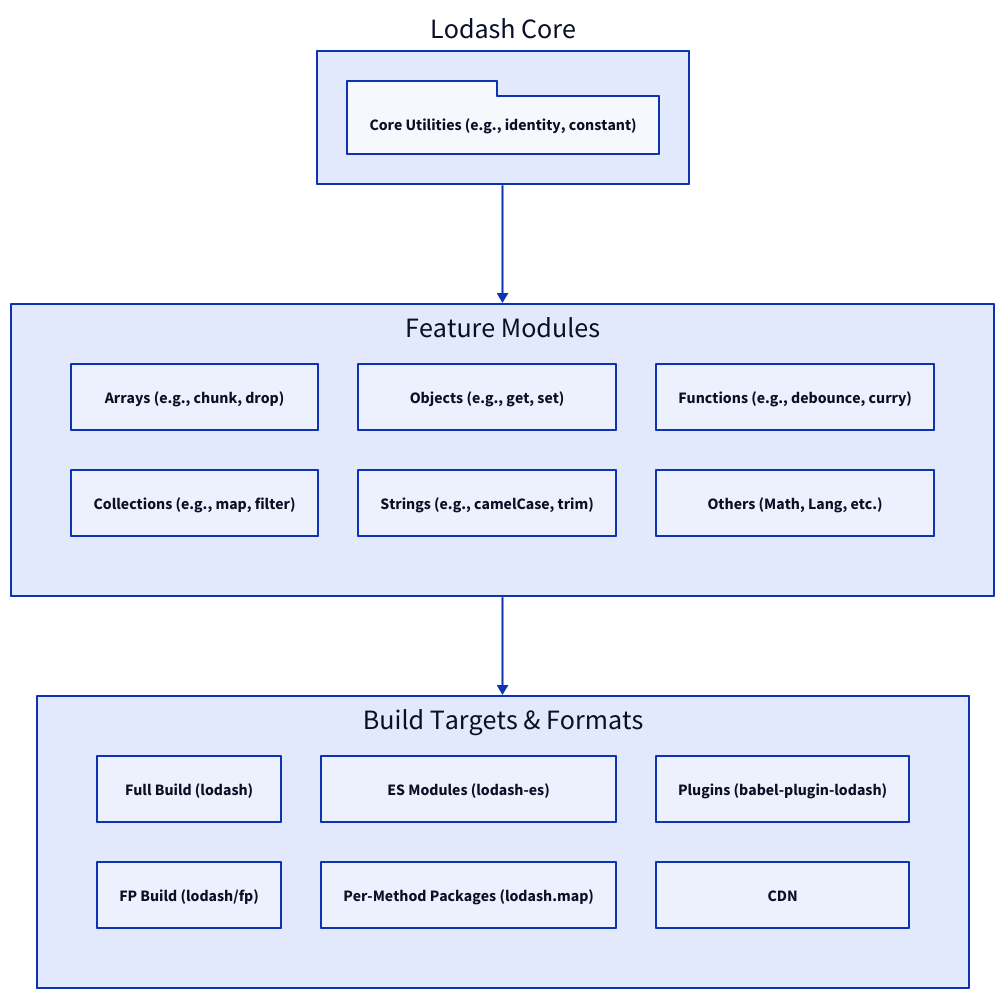
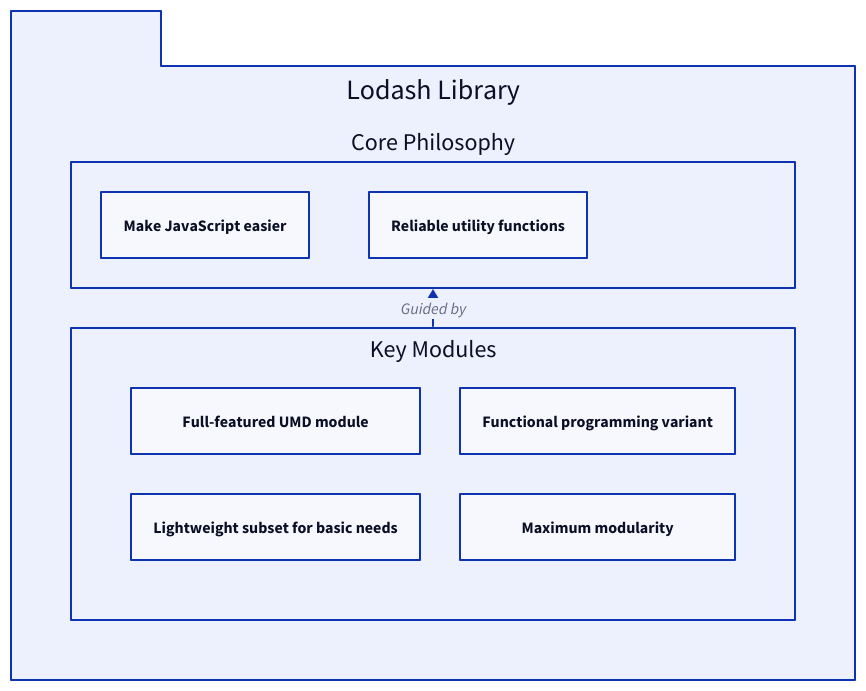
Before and after one commit to lban2049/lodash: the diagram in .aigne/doc-smith/docs/overview.md, drawn with D2. The commit also changed other lines of this file and 40 other files, not shown here.

````diff
--- a/.aigne/doc-smith/docs/overview.md
+++ b/.aigne/doc-smith/docs/overview.md
@@ -25,32 +19,25 @@
 ```d2
 direction: down
 
-"Lodash Core": {
-  "Core Utilities (e.g., identity, constant)": {
-    shape: package
+"Lodash Library": {
+  shape: package
+  grid-columns: 1
+
+  "Core Philosophy": {
+    shape: rectangle
+    "Simplicity": "Make JavaScript easier"
+    "Consistency": "Reliable utility functions"
   }
+
+  "Key Modules": {
+    shape: rectangle
+    grid-columns: 2
+    "Standard Build": "Full-featured UMD module"
+    "Core Build": "Lightweight subset for basic needs"
+    "FP Module": "Functional programming variant"
+    "Per-Method Packages": "Maximum modularity"
+  }
+
+  "Key Modules" -> "Core Philosophy": "Guided by"
 }
-
-"Feature Modules": {
-  grid-columns: 3
-  "Arrays (e.g., chunk, drop)": {}
-  "Collections (e.g., map, filter)": {}
-  "Objects (e.g., get, set)": {}
-  "Strings (e.g., camelCase, trim)": {}
-  "Functions (e.g., debounce, curry)": {}
-  "Others (Math, Lang, etc.)": {}
-}
-
-"Build Targets & Formats": {
-  grid-columns: 3
-  "Full Build (lodash)": {}
-  "FP Build (lodash/fp)": {}
-  "ES Modules (lodash-es)": {}
-  "Per-Method Packages (lodash.map)": {}
-  "Plugins (babel-plugin-lodash)": {}
-  "CDN": {}
-}
-
-"Lodash Core" -> "Feature Modules"
-"Feature Modules" -> "Build Targets & Formats"
 ```
````
